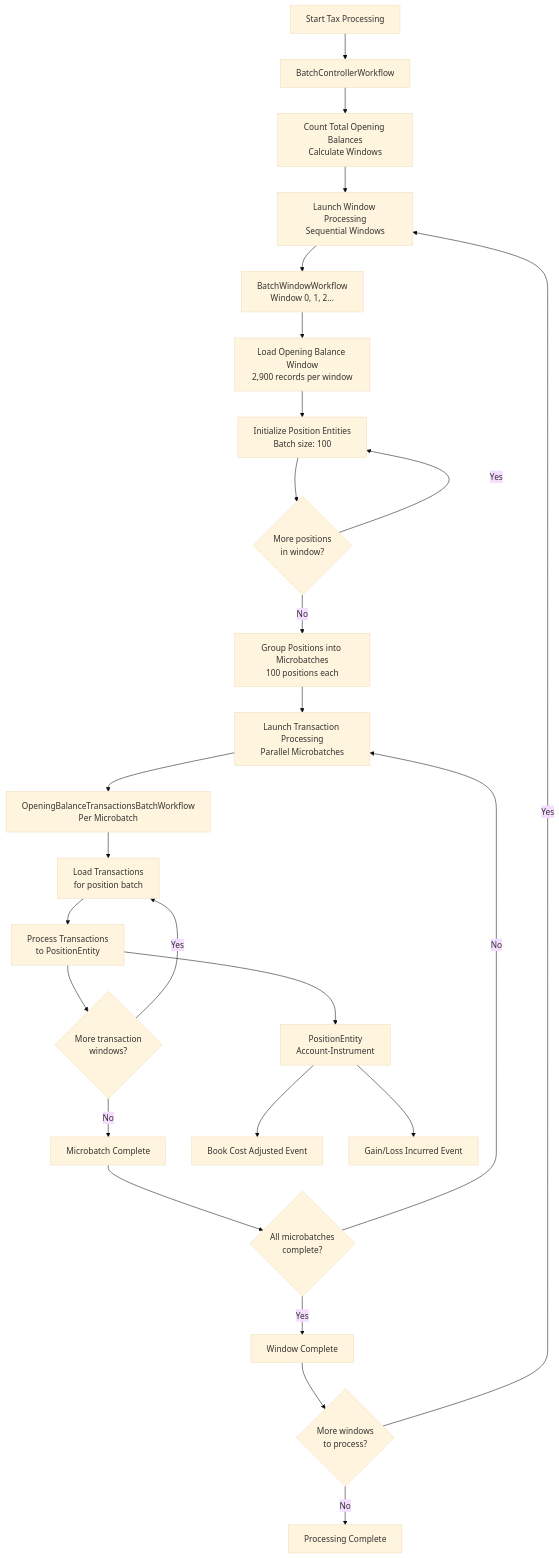
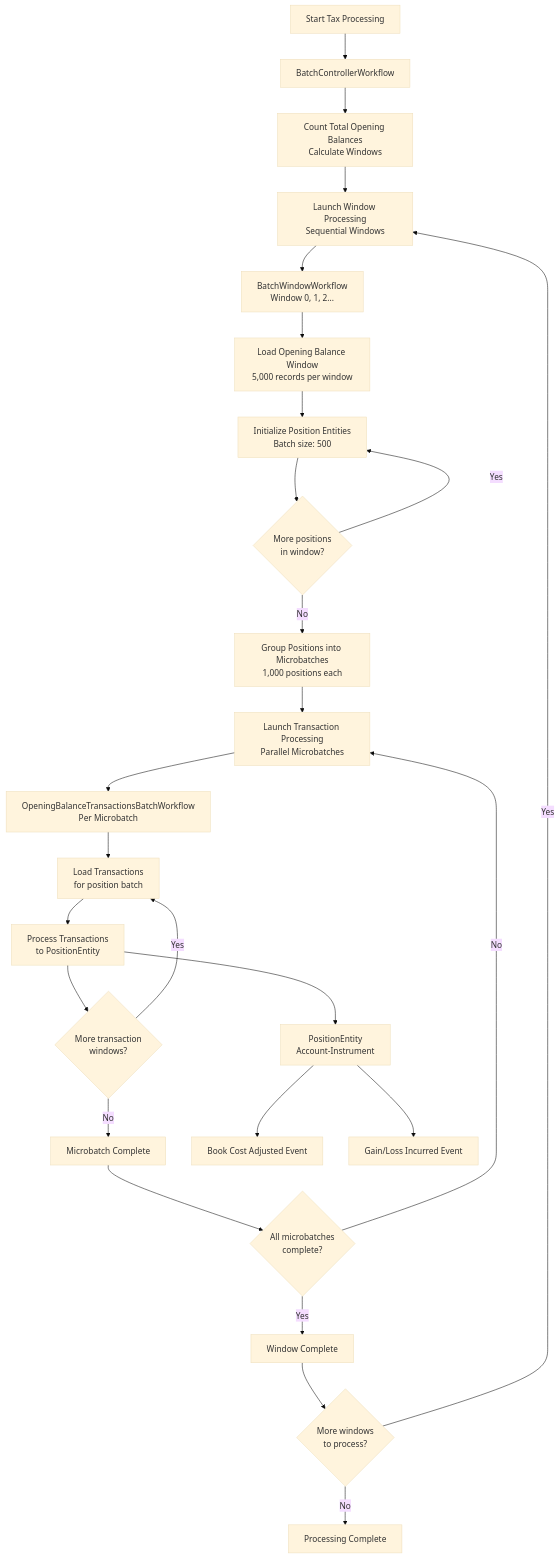
One commit to aklikic/tax-processing changed the first of 2 diagrams in README.md. Above: the diagram before and after it, drawn with Mermaid (base theme). The commit also changed other lines of this file and 24 other files, not shown here.

````diff
--- a/README.md
+++ b/README.md
@@ -7,35 +7,35 @@
 ```mermaid
 graph TD
     A[Start Tax Processing] --> B[BatchControllerWorkflow]
 
     B --> B1[Count Total Opening Balances<br/>Calculate Windows]
     B1 --> B2[Launch Window Processing<br/>Sequential Windows]
 
     B2 --> C[BatchWindowWorkflow<br/>Window 0, 1, 2...]
-    C --> C1[Load Opening Balance Window<br/>2,900 records per window]
-    C1 --> C2[Initialize Position Entities<br/>Batch size: 100]
+    C --> C1[Load Opening Balance Window<br/>5,000 records per window]
+    C1 --> C2[Initialize Position Entities<br/>Batch size: 500]
     C2 --> C3{More positions<br/>in window?}
     C3 -->|Yes| C2
-    C3 -->|No| C4[Group Positions into Microbatches<br/>100 positions each]
+    C3 -->|No| C4[Group Positions into Microbatches<br/>1,000 positions each]
 
     C4 --> D1[Launch Transaction Processing<br/>Parallel Microbatches]
 
     D1 --> E[OpeningBalanceTransactionsBatchWorkflow<br/>Per Microbatch]
     E --> E1[Load Transactions<br/>for position batch]
     E1 --> E2[Process Transactions<br/>to PositionEntity]
     E2 --> E3{More transaction<br/>windows?}
     E3 -->|Yes| E1
     E3 -->|No| E4[Microbatch Complete]
 
     E2 --> F[PositionEntity<br/>Account-Instrument]
     F --> F1[Book Cost Adjusted Event]
     F --> F2[Gain/Loss Incurred Event]
 
     E4 --> D2{All microbatches<br/>complete?}
     D2 -->|No| D1
     D2 -->|Yes| C5[Window Complete]
 
     C5 --> B3{More windows<br/>to process?}
     B3 -->|Yes| B2
     B3 -->|No| G[Processing Complete]
 ```
````
